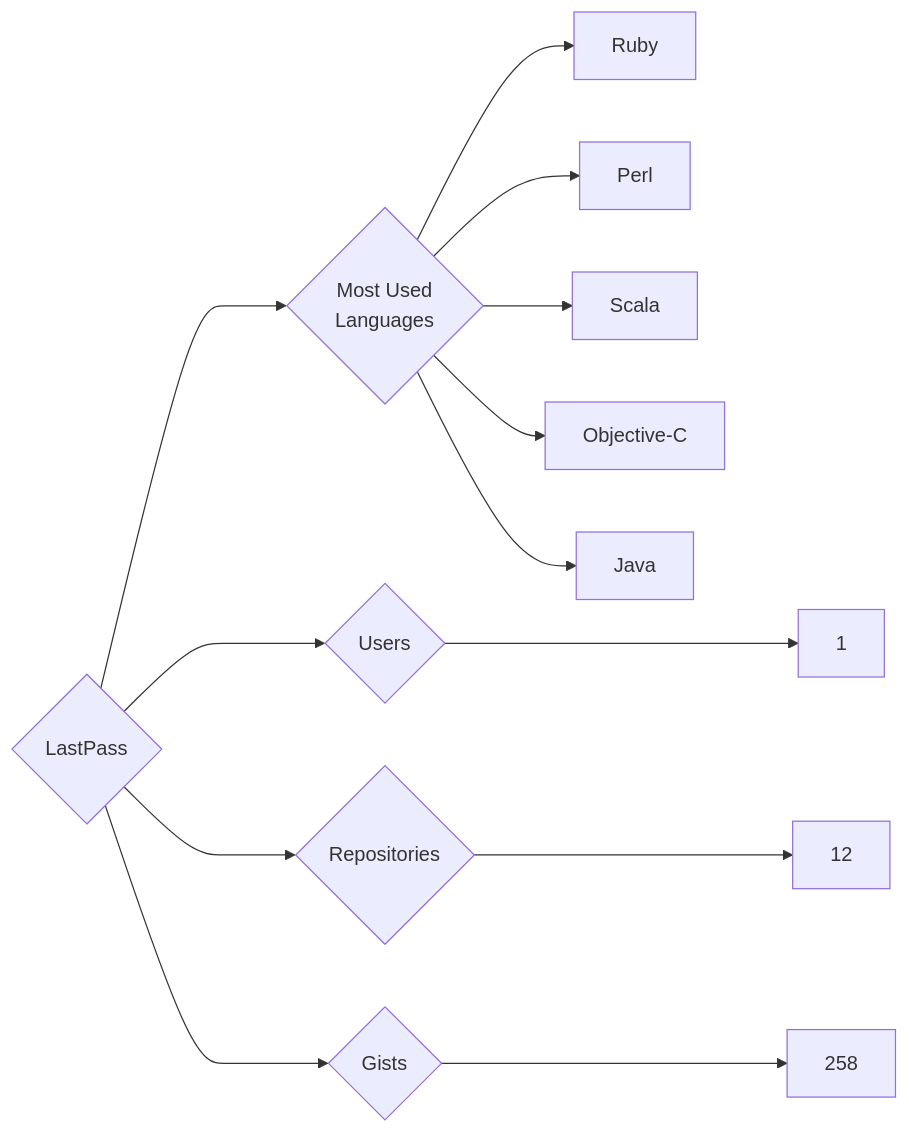
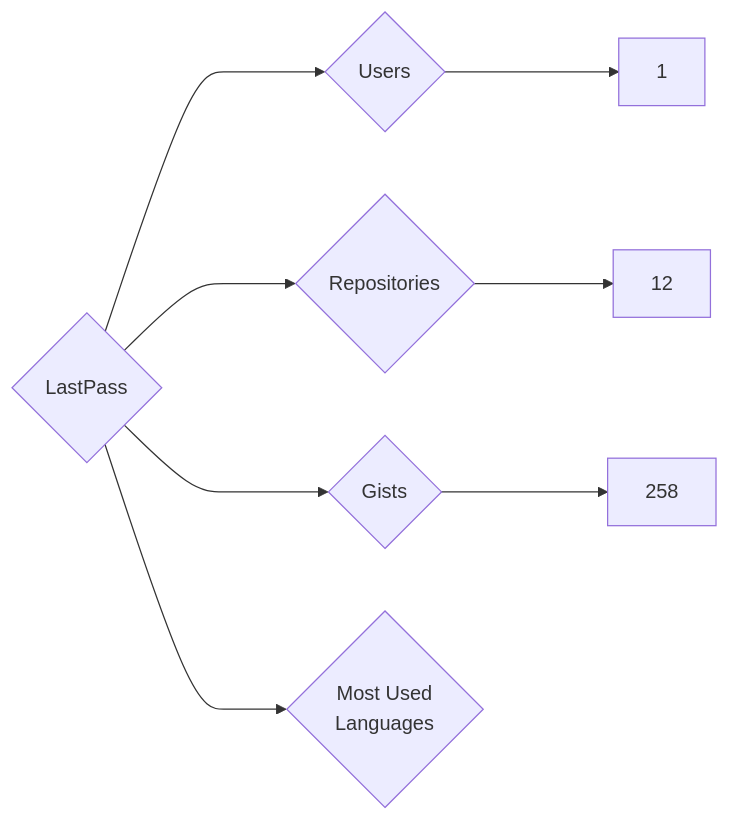
One commit to trickest/insiders changed the diagram in targets/LastPass/README.md. Above: the diagram before and after it, drawn with Mermaid. The commit also changed 1389 other files, not shown here.

````diff
--- a/targets/LastPass/README.md
+++ b/targets/LastPass/README.md
@@ -3,13 +3,8 @@
 ```mermaid
 graph LR
 COMPANY_NAME{LastPass}
 COMPANY_NAME ---> U{Users} ---> UN[1]
 COMPANY_NAME ---> R{Repositories} ---> RN[12]
 COMPANY_NAME ---> G{Gists} ---> GN[258]
 COMPANY_NAME ---> ML{Most Used<br>Languages}
-ML --> Ruby[Ruby]
-ML --> Perl[Perl]
-ML --> Scala[Scala]
-ML --> Objective-C[Objective-C]
-ML --> Java[Java]
 ```
````
